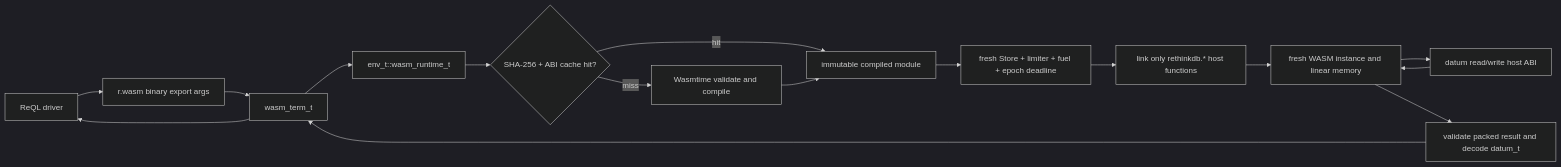
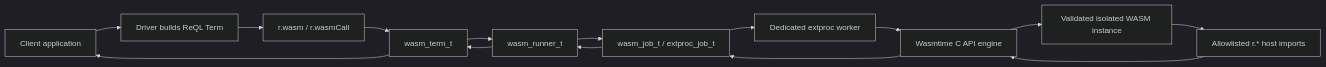
One commit to totalwindupflightsystems/rethinkdb changed the first of 3 diagrams in .coding-hermes/specs/phase3-wasm-udf.md. Above: the diagram before and after it, drawn with Mermaid (dark theme). The commit also changed other lines of this file, not shown here.

First line of the commit message:
docs: add Phase 3 axiom-level spec for WASM-based UDF sandbox (replace V8/QuickJS)

````diff
--- a/.coding-hermes/specs/phase3-wasm-udf.md
+++ b/.coding-hermes/specs/phase3-wasm-udf.md
@@ -35,18 +37,17 @@
 ```mermaid
 flowchart LR
-    C[ReQL driver] --> T[r.wasm binary export args]
-    T --> W[wasm_term_t]
-    W --> R[env_t::wasm_runtime_t]
-    R --> K{SHA-256 + ABI cache hit?}
-    K -- miss --> V[Wasmtime validate and compile]
-    K -- hit --> M[immutable compiled module]
-    V --> M
-    M --> S[fresh Store + limiter + fuel + epoch deadline]
-    S --> L[link only rethinkdb.* host functions]
-    L --> I[fresh WASM instance and linear memory]
-    I --> H[datum read/write host ABI]
-    H --> I
-    I --> D[validate packed result and decode datum_t]
-    D --> W
-    W --> C
+    U[Client application] --> D[Driver builds ReQL Term]
+    D --> Q[r.wasm / r.wasmCall]
+    Q --> T[wasm_term_t]
+    T --> R[wasm_runner_t]
+    R --> J[wasm_job_t / extproc_job_t]
+    J --> P[Dedicated extproc worker]
+    P --> E[Wasmtime C API engine]
+    E --> M[Validated isolated WASM instance]
+    M --> H[Allowlisted r.* host imports]
+    H --> E
+    E --> J
+    J --> R
+    R --> T
+    T --> U
 ```
````
